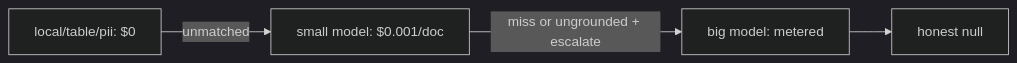
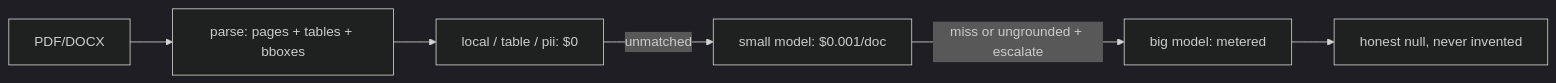
Before and after one commit to Qleric-OS/document-extraction: the diagram in README.md, drawn with Mermaid (dark theme). The commit also changed other lines of this file and 7 other files, not shown here.

````diff
--- a/README.md
+++ b/README.md
@@ -20,6 +20,8 @@
 ```mermaid
 flowchart LR
-    L[local/table/pii: $0] -->|unmatched| S[small model: $0.001/doc]
+    D[PDF/DOCX] --> P[parse: pages + tables + bboxes]
+    P --> L[local / table / pii: $0]
+    L -->|unmatched| S[small model: $0.001/doc]
     S -->|miss or ungrounded + escalate| B[big model: metered]
-    B --> H[honest null]
+    B --> H[honest null, never invented]
 ```
````
